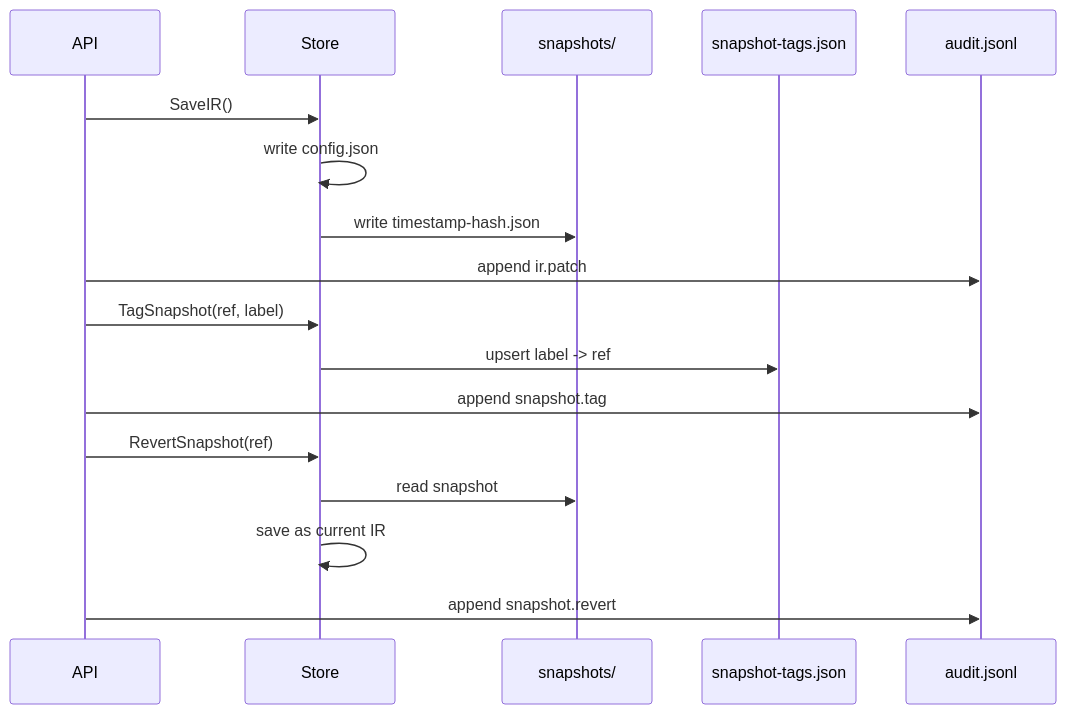
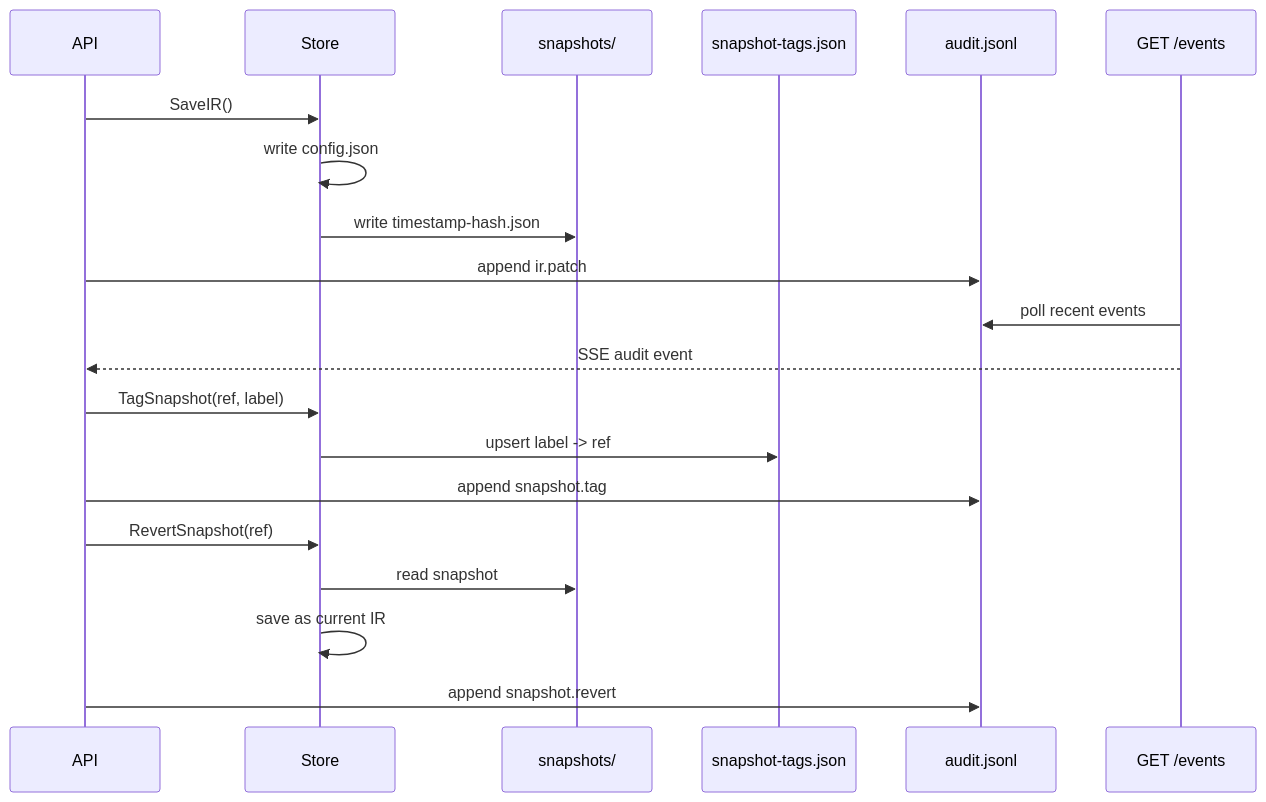
Before and after one commit to ersinkoc/Nizam: diagram 13 of 18 in ARCHITECTURE.md, drawn with Mermaid. The commit also changed other lines of this file and 6 other files, not shown here.

Commit message:
Add project audit event stream

````diff
--- a/ARCHITECTURE.md
+++ b/ARCHITECTURE.md
@@ -419,22 +422,25 @@
 ```mermaid
 sequenceDiagram
   participant API
   participant Store
   participant Snapshot as snapshots/
   participant Tags as snapshot-tags.json
   participant Audit as audit.jsonl
+  participant EventStream as GET /events
 
   API->>Store: SaveIR()
   Store->>Store: write config.json
   Store->>Snapshot: write timestamp-hash.json
   API->>Audit: append ir.patch
+  EventStream->>Audit: poll recent events
+  EventStream-->>API: SSE audit event
 
   API->>Store: TagSnapshot(ref, label)
   Store->>Tags: upsert label -> ref
   API->>Audit: append snapshot.tag
 
   API->>Store: RevertSnapshot(ref)
   Store->>Snapshot: read snapshot
   Store->>Store: save as current IR
   API->>Audit: append snapshot.revert
 ```
````
